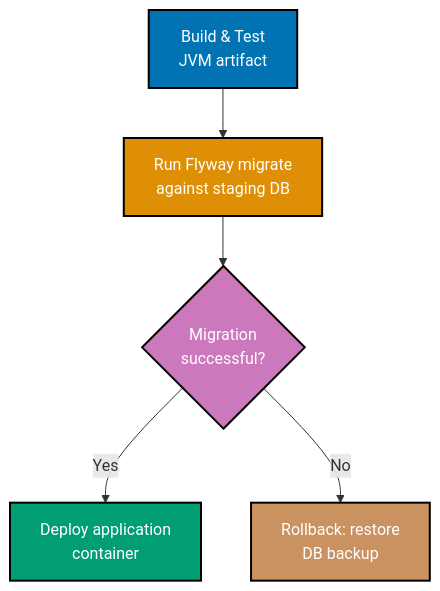
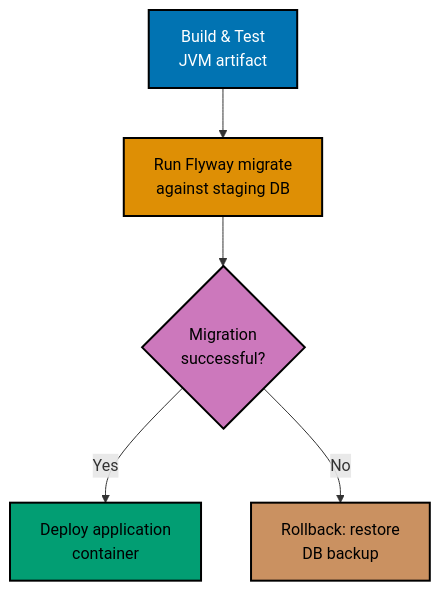
One commit to wahidyankf/ose-public changed the fifth of 9 diagrams in apps/ayokoding-www/content/en/learn/legacy/software-engineering/data/tools/kotlin-flyway/by-example/advanced.md. Above: the diagram before and after it, drawn with Mermaid. The commit also changed other lines of this file and 131 other files, not shown here.

First line of the commit message:
fix(mermaid): bring the legacy data, infrastructure, and testing diagrams onto the accessible palette

````diff
--- a/apps/ayokoding-www/content/en/learn/legacy/software-engineering/data/tools/kotlin-flyway/by-example/advanced.md
+++ b/apps/ayokoding-www/content/en/learn/legacy/software-engineering/data/tools/kotlin-flyway/by-example/advanced.md
@@ -553,20 +565,23 @@
 ```mermaid
 %% Color Palette: Blue #0173B2, Orange #DE8F05, Teal #029E73, Purple #CC78BC, Brown #CA9161
 %% CI/CD pipeline with Flyway migration step
 graph TD
-    A["Build & Test\nJVM artifact"]:::blue
-    B["Run Flyway migrate\nagainst staging DB"]:::orange
-    C{Migration\nsuccessful?}:::purple
-    D["Deploy application\ncontainer"]:::teal
-    E["Rollback: restore\nDB backup"]:::brown
+    accTitle: Example 69: Flyway in CI/CD Pipeline
+    accDescr: Graph with 6 nodes and 4 connections. Nodes: A, Test, Run Flyway migrate against staging DB, Migration successful?, Deploy application container, Rollback: restore DB backup. Connections: A to Run Flyway migrate against staging DB, Run Flyway migrate against staging DB to Migration successful?, Migration successful? to Deploy application container (Yes), Migration successful? to Rollback: restore DB backup (No).
+    A["Build & Test<br/>JVM artifact"]:::blue
+    B["Run Flyway migrate<br/>against staging DB"]:::orange
+    C{Migration<br/>successful?}:::purple
+    D["Deploy application<br/>container"]:::teal
+    E["Rollback: restore<br/>DB backup"]:::brown
 
     A --> B --> C
     C -->|Yes| D
     C -->|No| E
 
     classDef blue fill:#0173B2,stroke:#000000,color:#FFFFFF,stroke-width:2px
-    classDef orange fill:#DE8F05,stroke:#000000,color:#FFFFFF,stroke-width:2px
-    classDef teal fill:#029E73,stroke:#000000,color:#FFFFFF,stroke-width:2px
-    classDef purple fill:#CC78BC,stroke:#000000,color:#FFFFFF,stroke-width:2px
-    classDef brown fill:#CA9161,stroke:#000000,color:#FFFFFF,stroke-width:2px
+    classDef orange fill:#DE8F05,stroke:#000000,color:#000000,stroke-width:2px
+    classDef teal fill:#029E73,stroke:#000000,color:#000000,stroke-width:2px
+    classDef purple fill:#CC78BC,stroke:#000000,color:#000000,stroke-width:2px
+    classDef brown fill:#CA9161,stroke:#000000,color:#000000,stroke-width:2px
+    classDef default fill:#FFFFFF,stroke:#000000,color:#000000
 ```
````
